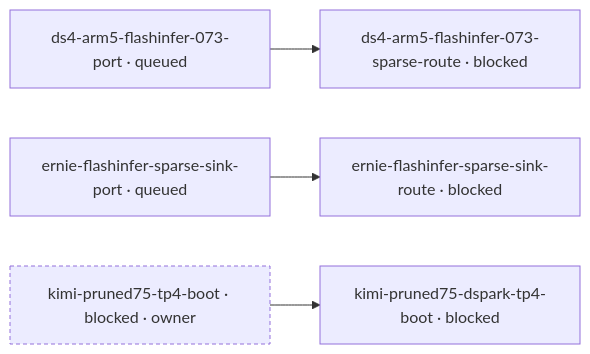
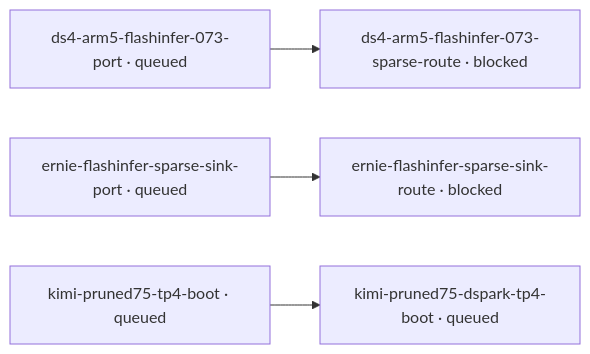
One commit to littlecedar/sparkrun-recipe-registry changed the diagram in mad-science/STATUS.md. Above: the diagram before and after it, drawn with Mermaid. The commit also changed other lines of this file, not shown here.

````diff
--- a/mad-science/STATUS.md
+++ b/mad-science/STATUS.md
@@ -22,14 +20,14 @@
 ```mermaid
 flowchart LR
-  %% 14 blocked, 3 edges, 11 prose-gated, 0 question-gated, 0 question, 45 rows not drawn (--all)
+  %% 13 blocked, 3 edges, 11 prose-gated, 0 question-gated, 0 question, 44 rows not drawn (--all)
   t1["ds4-arm5-flashinfer-073-port · queued"]
   t2["ds4-arm5-flashinfer-073-sparse-route · blocked"]
   t3["ernie-flashinfer-sparse-sink-port · queued"]
   t4["ernie-flashinfer-sparse-sink-route · blocked"]
-  t5["kimi-pruned75-dspark-tp4-boot · blocked"]
-  t6["kimi-pruned75-tp4-boot · blocked · owner"]:::no-recorded-edge
+  t5["kimi-pruned75-dspark-tp4-boot · queued"]
+  t6["kimi-pruned75-tp4-boot · queued"]
   t1 --> t2
   t3 --> t4
   t6 --> t5
   classDef no-recorded-edge stroke-dasharray: 4 3
 ```
````
